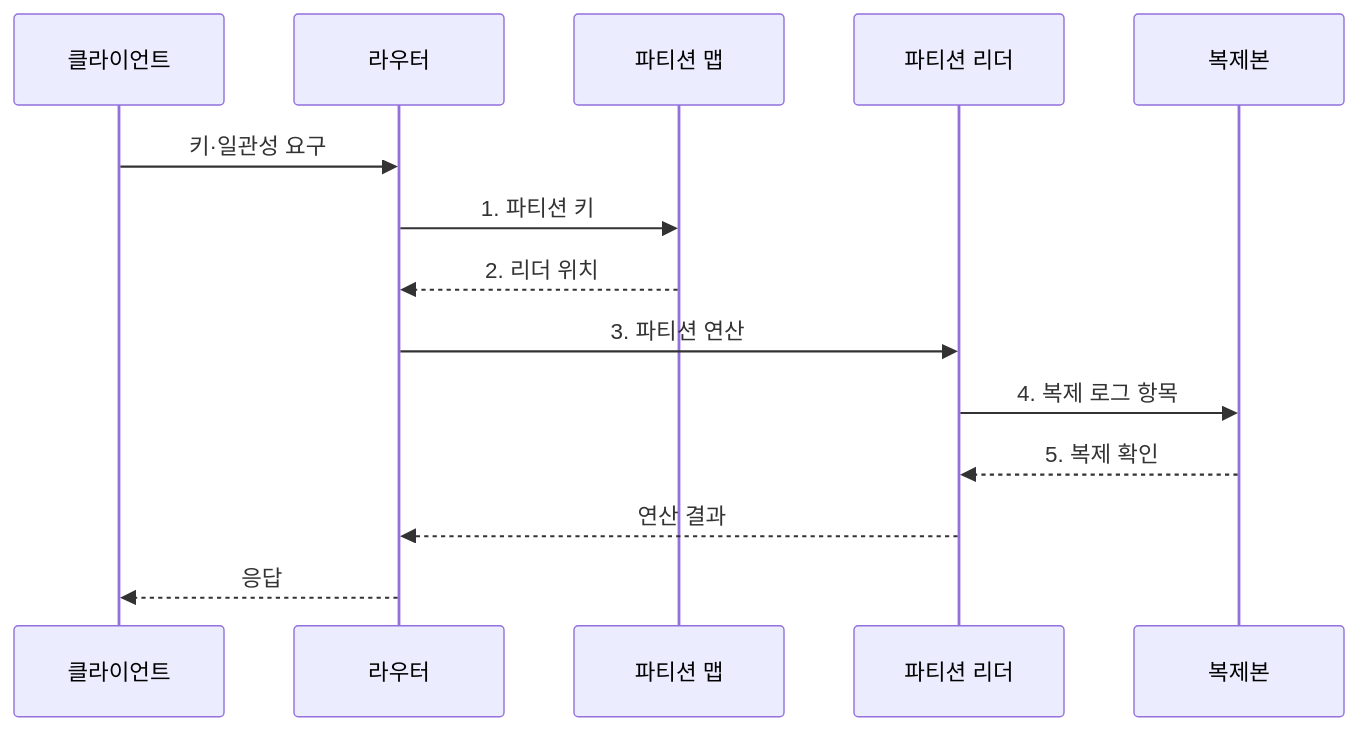
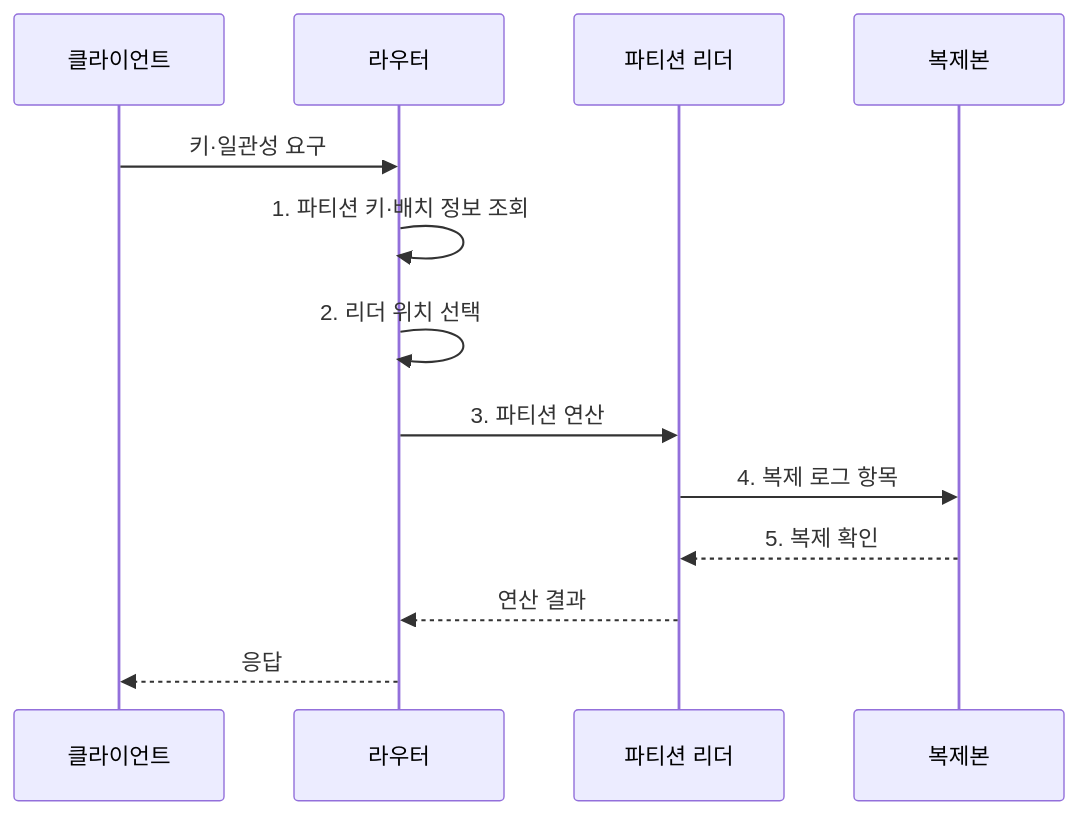
The second of 2 diagrams in src/content/docs/notes/03-software/114_distributed_database.md (agnusdei1207/knowledge-base), drawn with Mermaid before and after one commit. The commit also changed other lines of this file and 5 other files, not shown here.

Commit message:
Focus data platform diagrams

````diff
--- a/src/content/docs/notes/03-software/114_distributed_database.md
+++ b/src/content/docs/notes/03-software/114_distributed_database.md
@@ -100,16 +100,15 @@
 ```mermaid
 sequenceDiagram
     participant C as 클라이언트
     participant R as 라우터
-    participant M as 파티션 맵
     participant L as 파티션 리더
     participant F as 복제본
     C->>R: 키·일관성 요구
-    R->>M: 1. 파티션 키
-    M-->>R: 2. 리더 위치
+    R->>R: 1. 파티션 키·배치 정보 조회
+    R->>R: 2. 리더 위치 선택
     R->>L: 3. 파티션 연산
     L->>F: 4. 복제 로그 항목
     F-->>L: 5. 복제 확인
     L-->>R: 연산 결과
     R-->>C: 응답
 ```
````
